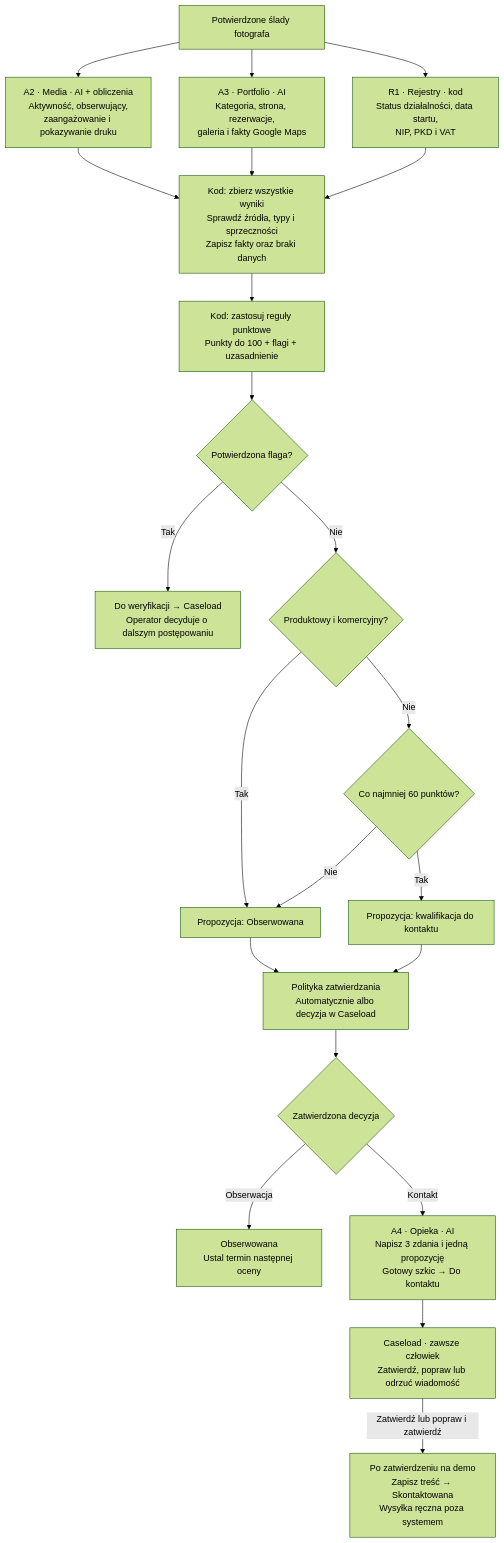
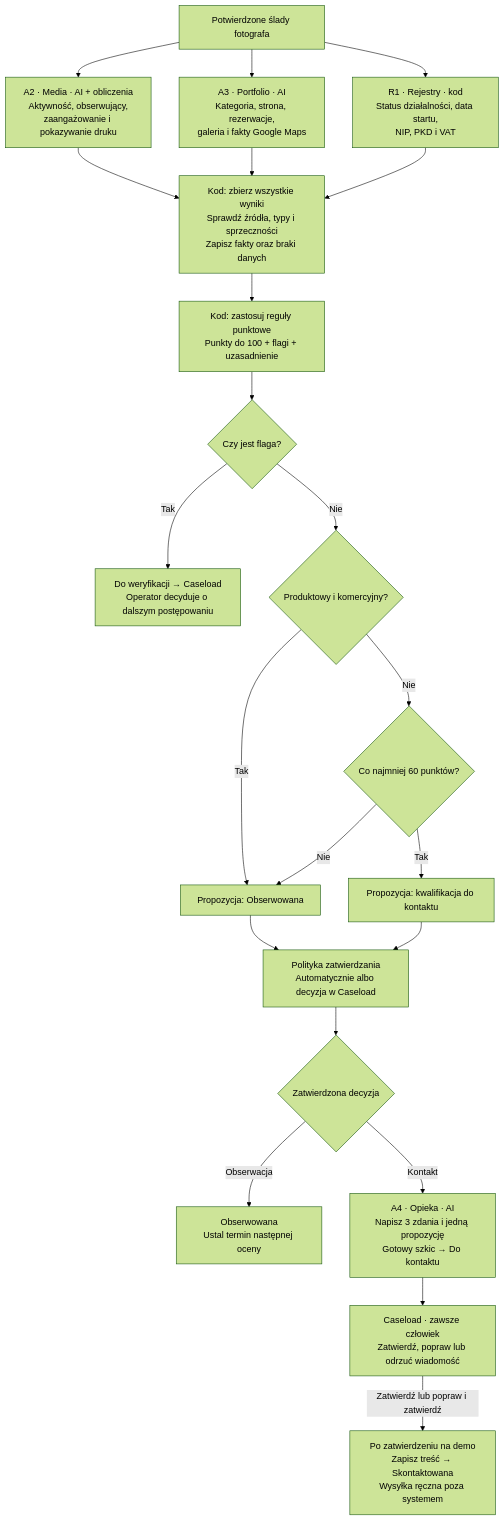
Before and after one commit to Asignolo/hackon: the second of 2 diagrams in docs/przeplyw-do-rozmowy-z-zespolem.md, drawn with Mermaid (forest theme). The commit also changed other lines of this file, not shown here.

Commit message:
docs: clarify photographer assessment flow labels

````diff
--- a/docs/przeplyw-do-rozmowy-z-zespolem.md
+++ b/docs/przeplyw-do-rozmowy-z-zespolem.md
@@ -48,35 +48,35 @@
 ```mermaid
 flowchart TD
     INPUT["Potwierdzone ślady fotografa"]
     A2["A2 · Media · AI + obliczenia<br/>Aktywność, obserwujący,<br/>zaangażowanie i pokazywanie druku"]
     A3["A3 · Portfolio · AI<br/>Kategoria, strona, rezerwacje,<br/>galeria i fakty Google Maps"]
     R1["R1 · Rejestry · kod<br/>Status działalności, data startu,<br/>NIP, PKD i VAT"]
     JOIN["Kod: zbierz wszystkie wyniki<br/>Sprawdź źródła, typy i sprzeczności<br/>Zapisz fakty oraz braki danych"]
     SCORE["Kod: zastosuj reguły punktowe<br/>Punkty do 100 + flagi + uzasadnienie"]
-    FLAG{"Potwierdzona flaga?"}
+    FLAG{"Czy jest flaga?"}
     REVIEW["Do weryfikacji → Caseload<br/>Operator decyduje o dalszym postępowaniu"]
     CATEGORY{"Produktowy i komercyjny?"}
     THRESHOLD{"Co najmniej 60 punktów?"}
     OBS["Propozycja: Obserwowana"]
     CONTACT["Propozycja: kwalifikacja do kontaktu"]
     POL["Polityka zatwierdzania<br/>Automatycznie albo decyzja w Caseload"]
     APPROVED{"Zatwierdzona decyzja"}
     NEXT["Obserwowana<br/>Ustal termin następnej oceny"]
     CARE["A4 · Opieka · AI<br/>Napisz 3 zdania i jedną propozycję<br/>Gotowy szkic → Do kontaktu"]
     HUMAN["Caseload · zawsze człowiek<br/>Zatwierdź, popraw lub odrzuć wiadomość"]
     DEMO["Po zatwierdzeniu na demo<br/>Zapisz treść → Skontaktowana<br/>Wysyłka ręczna poza systemem"]
     INPUT --> A2 & A3 & R1
     A2 & A3 & R1 --> JOIN
     JOIN --> SCORE --> FLAG
     FLAG -->|"Tak"| REVIEW
     FLAG -->|"Nie"| CATEGORY
     CATEGORY -->|"Tak"| OBS
     CATEGORY -->|"Nie"| THRESHOLD
     THRESHOLD -->|"Nie"| OBS
     THRESHOLD -->|"Tak"| CONTACT
     OBS & CONTACT --> POL --> APPROVED
     APPROVED -->|"Obserwacja"| NEXT
     APPROVED -->|"Kontakt"| CARE
     CARE --> HUMAN
     HUMAN -->|"Zatwierdź lub popraw i zatwierdź"| DEMO
 ```
````
